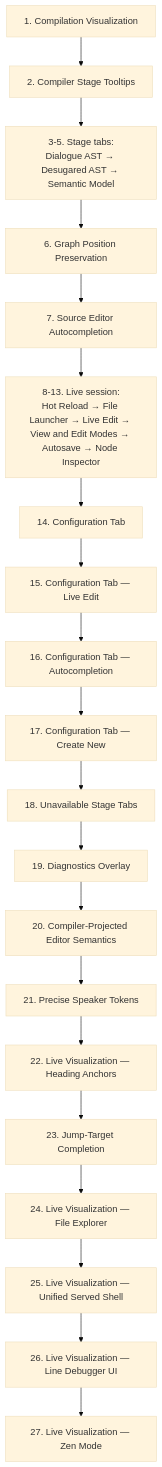
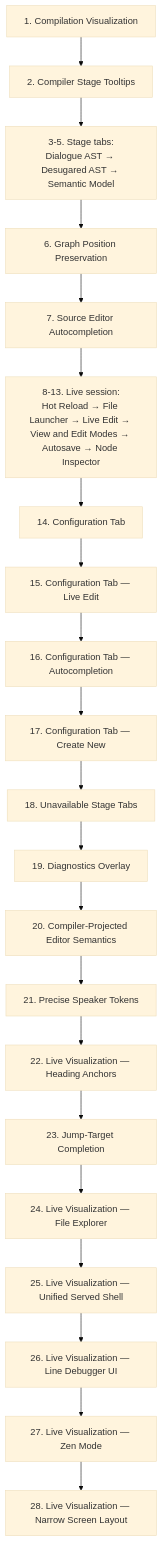
The third of 4 diagrams in docs/contributing/design-notes/README.md (pengzhengyi/dialoguedown), drawn with Mermaid (base theme) before and after one commit. The commit also changed other lines of this file and 15 other files, not shown here.

First line of the commit message:
fix(visualization): make the report usable on a narrow or short window (#224)

````diff
--- a/docs/contributing/design-notes/README.md
+++ b/docs/contributing/design-notes/README.md
@@ -140,22 +140,23 @@
 ```mermaid
 flowchart TB
     CV["1. Compilation Visualization"] --> TT["2. Compiler Stage Tooltips"]
     TT --> TABS["3-5. Stage tabs:<br/>Dialogue AST → Desugared AST → Semantic Model"]
     TABS --> GX["6. Graph Position Preservation"]
     GX --> AC["7. Source Editor Autocompletion"]
     AC --> LIVE["8-13. Live session:<br/>Hot Reload → File Launcher → Live Edit → View and Edit Modes → Autosave → Node Inspector"]
     LIVE --> CFG["14. Configuration Tab"]
     CFG --> CFGLE["15. Configuration Tab — Live Edit"]
     CFGLE --> CFGAC["16. Configuration Tab — Autocompletion"]
     CFGAC --> CFGCN["17. Configuration Tab — Create New"]
     CFGCN --> UST["18. Unavailable Stage Tabs"]
     UST --> DGO["19. Diagnostics Overlay"]
     DGO --> CPE["20. Compiler-Projected Editor Semantics"]
     CPE --> PST["21. Precise Speaker Tokens"]
     PST --> HA["22. Live Visualization — Heading Anchors"]
     HA --> JTC["23. Jump-Target Completion"]
     JTC --> FE["24. Live Visualization — File Explorer"]
     FE --> USS["25. Live Visualization — Unified Served Shell"]
     USS --> LDU["26. Live Visualization — Line Debugger UI"]
     LDU --> ZEN["27. Live Visualization — Zen Mode"]
+    ZEN --> NSL["28. Live Visualization — Narrow Screen Layout"]
 ```
````
